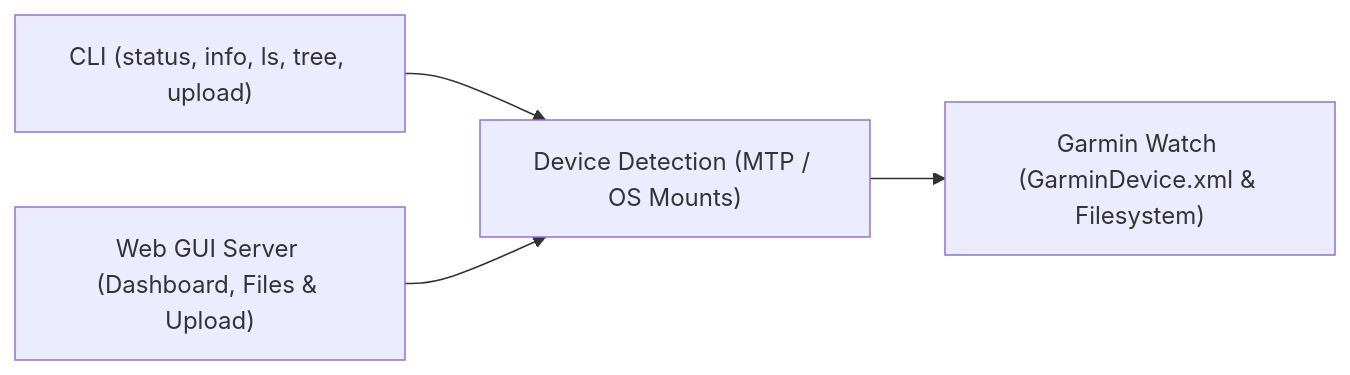
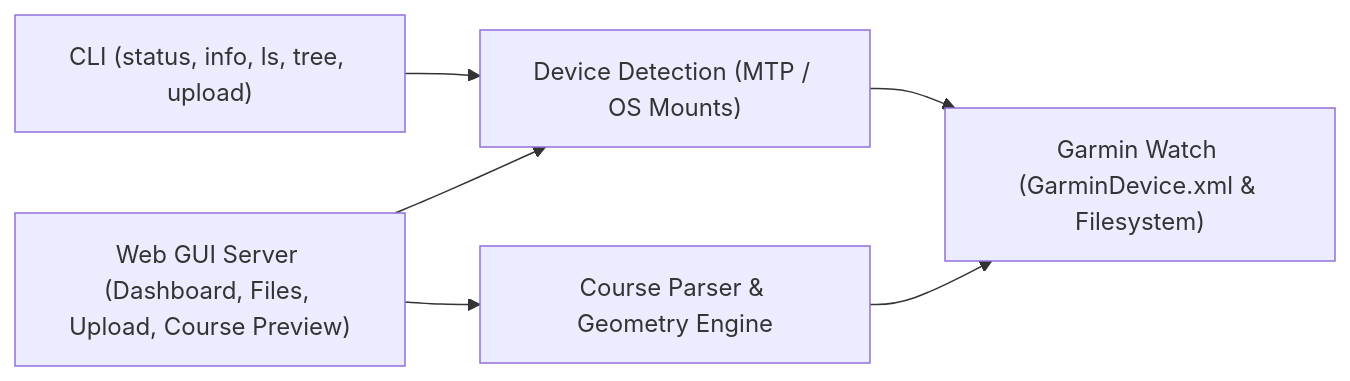
One commit to jvanheerikhuize/garmin-connector changed the diagram in specs/constitution.md. Above: the diagram before and after it, drawn with Mermaid. The commit also changed other lines of this file and 3 other files, not shown here.

Commit message:
docs(specs): incorporate session findings, FCT-14, ASM-9, and architecture into corpus

````diff
--- a/specs/constitution.md
+++ b/specs/constitution.md
@@ -69,6 +71,8 @@
 ```mermaid
 flowchart LR
     CLI["CLI (status, info, ls, tree, upload)"] --> Detector["Device Detection (MTP / OS Mounts)"]
-    Web["Web GUI Server (Dashboard, Files & Upload)"] --> Detector
+    Web["Web GUI Server (Dashboard, Files, Upload, Course Preview)"] --> CourseParser["Course Parser & Geometry Engine"]
+    Web --> Detector
     Detector --> Watch["Garmin Watch (GarminDevice.xml & Filesystem)"]
+    CourseParser --> Watch
 ```
````
